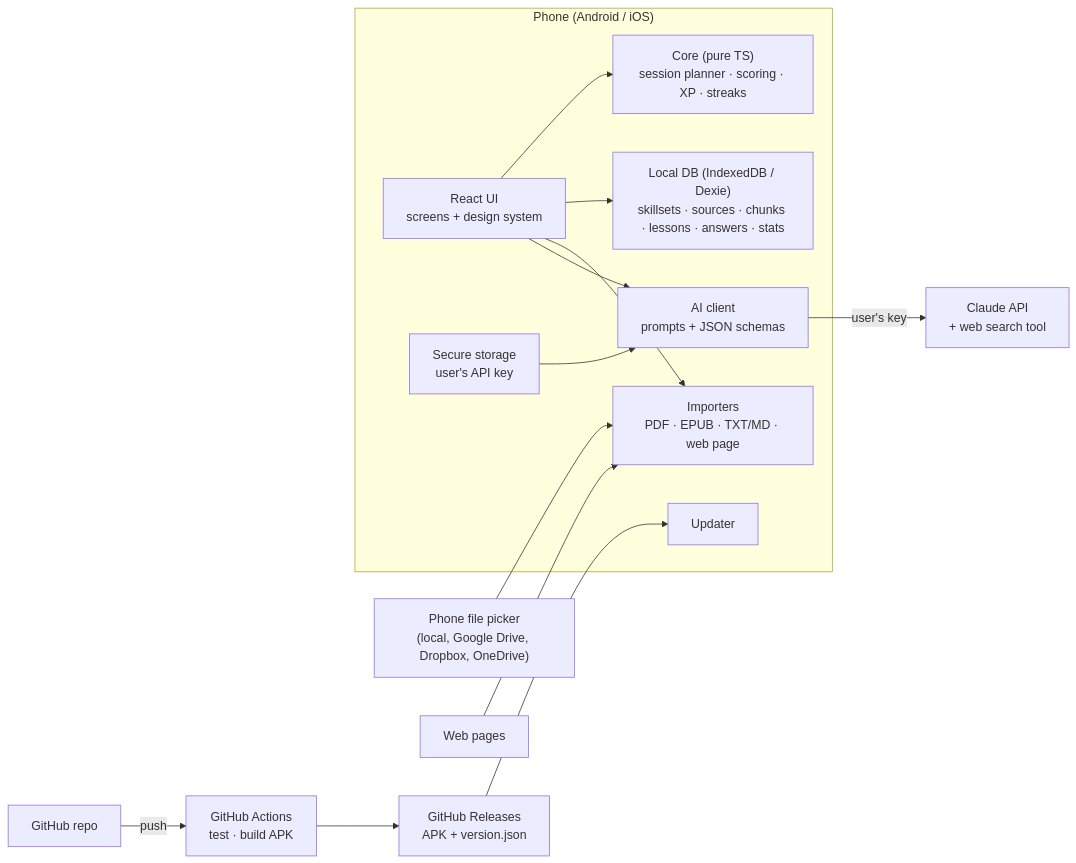
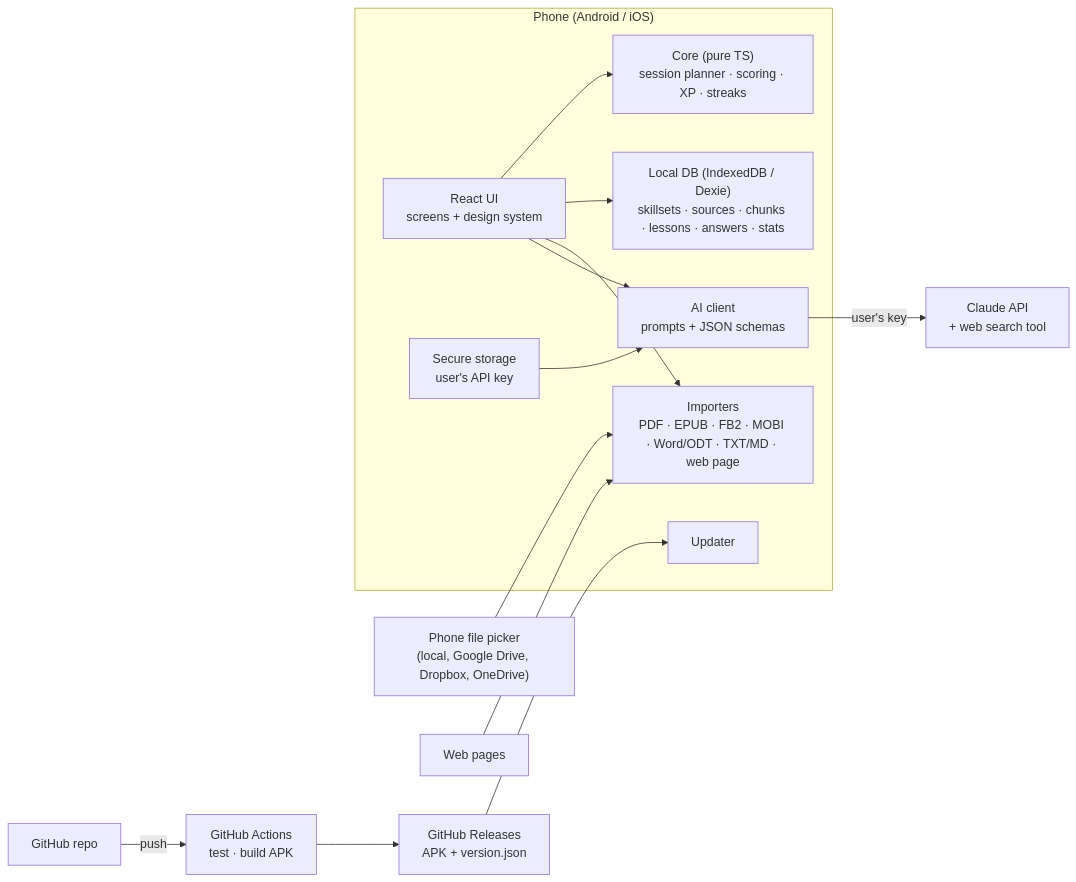
The diagram in docs/ARCHITECTURE.md (helgurkonungson/pes-app), drawn with Mermaid before and after one commit. The commit also changed other lines of this file and 22 other files, not shown here.

First line of the commit message:
Import FB2, ODT and DRM-free Kindle books; release 1.3.0

````diff
--- a/docs/ARCHITECTURE.md
+++ b/docs/ARCHITECTURE.md
@@ -37,17 +37,17 @@
 ```mermaid
 flowchart LR
   subgraph Phone["Phone (Android / iOS)"]
     UI["React UI<br/>screens + design system"] --> Core["Core (pure TS)<br/>session planner · scoring · XP · streaks"]
     UI --> Data["Local DB (IndexedDB / Dexie)<br/>skillsets · sources · chunks · lessons · answers · stats"]
-    UI --> Import["Importers<br/>PDF · EPUB · TXT/MD · web page"]
+    UI --> Import["Importers<br/>PDF · EPUB · FB2 · MOBI · Word/ODT · TXT/MD · web page"]
     UI --> AI["AI client<br/>prompts + JSON schemas"]
     Key["Secure storage<br/>user's API key"] --> AI
     Upd["Updater"]
   end
   Files["Phone file picker<br/>(local, Google Drive, Dropbox, OneDrive)"] --> Import
   Web["Web pages"] --> Import
   AI -->|"user's key"| Claude["Claude API<br/>+ web search tool"]
   GH["GitHub repo"] -->|"push"| CI["GitHub Actions<br/>test · build APK"]
   CI --> Rel["GitHub Releases<br/>APK + version.json"]
   Rel --> Upd
 ```
````
